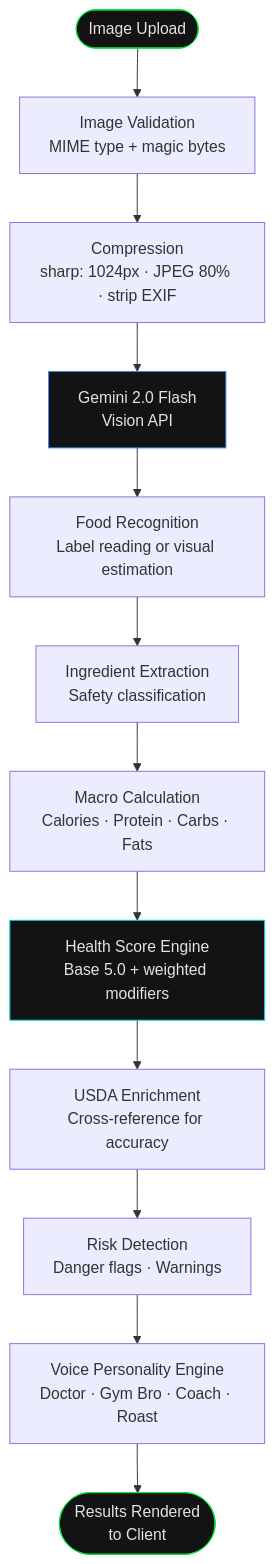
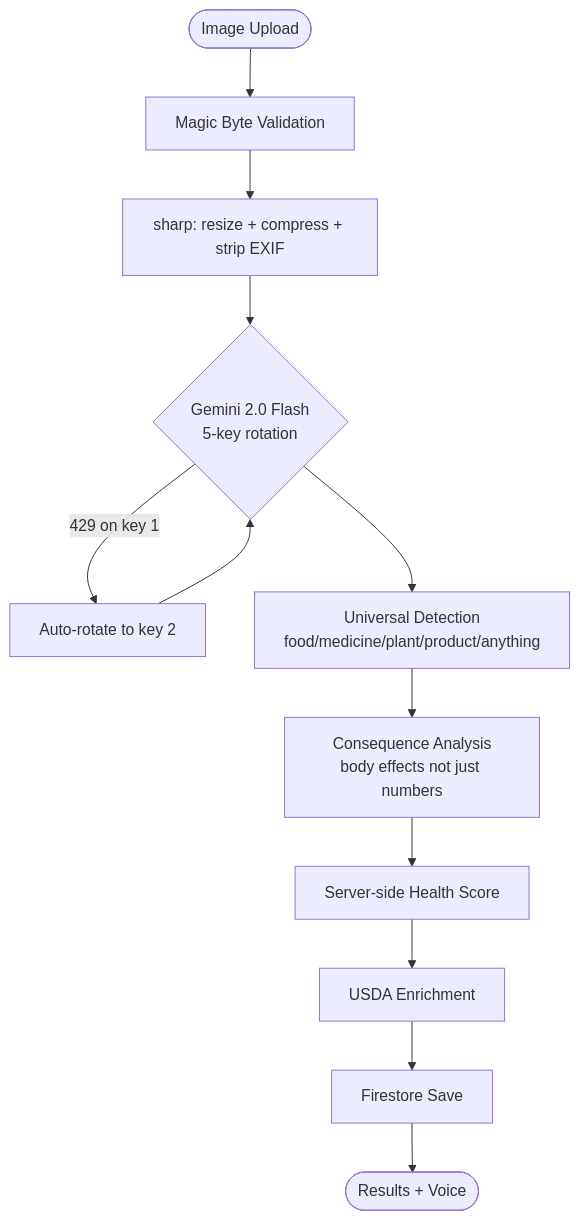
One commit to susantedit/scanandsee-Idea1- changed the second of 2 diagrams in README.md. Above: the diagram before and after it, drawn with Mermaid. The commit also changed other lines of this file and 37 other files, not shown here.

````diff
--- a/README.md
+++ b/README.md
@@ -156,19 +115,14 @@
 ```mermaid
 flowchart TD
-    A([Image Upload]) --> B[Image Validation\nMIME type + magic bytes]
-    B --> C[Compression\nsharp: 1024px · JPEG 80% · strip EXIF]
-    C --> D[Gemini 2.0 Flash\nVision API]
-    D --> E[Food Recognition\nLabel reading or visual estimation]
-    E --> F[Ingredient Extraction\nSafety classification]
-    F --> G[Macro Calculation\nCalories · Protein · Carbs · Fats]
-    G --> H[Health Score Engine\nBase 5.0 + weighted modifiers]
-    H --> I[USDA Enrichment\nCross-reference for accuracy]
-    I --> J[Risk Detection\nDanger flags · Warnings]
-    J --> K[Voice Personality Engine\nDoctor · Gym Bro · Coach · Roast]
-    K --> L([Results Rendered\nto Client])
-
-    style A fill:#131315,stroke:#00e639,color:#e5e1e4
-    style L fill:#131315,stroke:#00e639,color:#e5e1e4
-    style D fill:#131315,stroke:#4285F4,color:#e5e1e4
-    style H fill:#131315,stroke:#00dbe9,color:#e5e1e4
+    A([Image Upload]) --> B[Magic Byte Validation]
+    B --> C[sharp: resize + compress + strip EXIF]
+    C --> D{Gemini 2.0 Flash\n5-key rotation}
+    D -->|429 on key 1| E[Auto-rotate to key 2]
+    E --> D
+    D --> F[Universal Detection\nfood/medicine/plant/product/anything]
+    F --> G[Consequence Analysis\nbody effects not just numbers]
+    G --> H[Server-side Health Score]
+    H --> I[USDA Enrichment]
+    I --> J[Firestore Save]
+    J --> K([Results + Voice])
 ```
````
